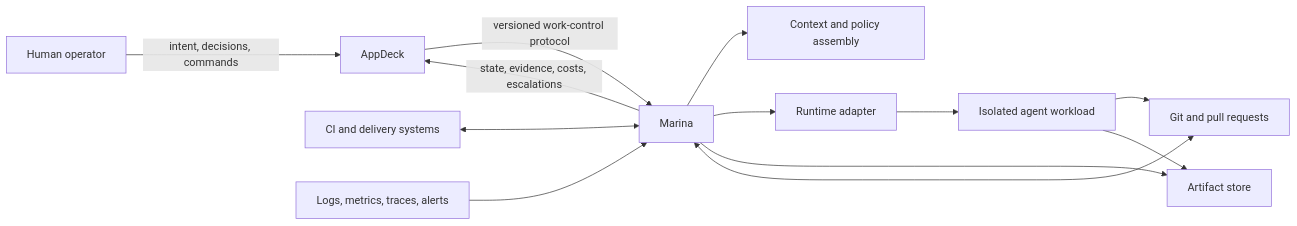
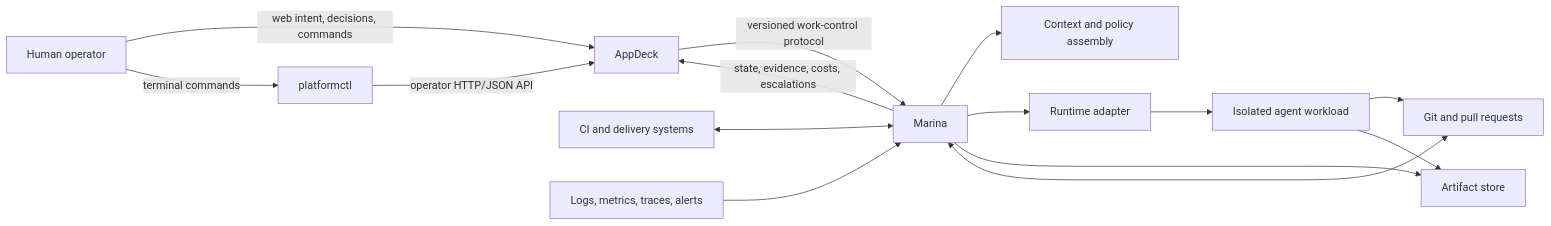
One commit to jmlero/the-platform changed the first of 3 diagrams in ARCHITECTURE.md. Above: the diagram before and after it, drawn with Mermaid. The commit also changed other lines of this file and 106 other files, not shown here.

````diff
--- a/ARCHITECTURE.md
+++ b/ARCHITECTURE.md
@@ -63,17 +65,19 @@
 ```mermaid
 flowchart LR
-    H[Human operator] -->|intent, decisions, commands| A[AppDeck]
+    H[Human operator] -->|web intent, decisions, commands| A[AppDeck]
+    H -->|terminal commands| P[platformctl]
+    P -->|operator HTTP/JSON API| A
     A -->|versioned work-control protocol| M[Marina]
     M -->|state, evidence, costs, escalations| A
 
     G[Git and pull requests] <--> M
     C[CI and delivery systems] <--> M
     O[Logs, metrics, traces, alerts] --> M
 
     M --> X[Context and policy assembly]
     M --> R[Runtime adapter]
     R --> J[Isolated agent workload]
     J --> G
     J --> S[Artifact store]
     M --> S
 ```
````
